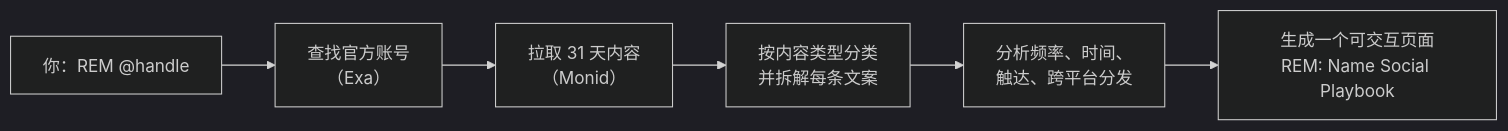
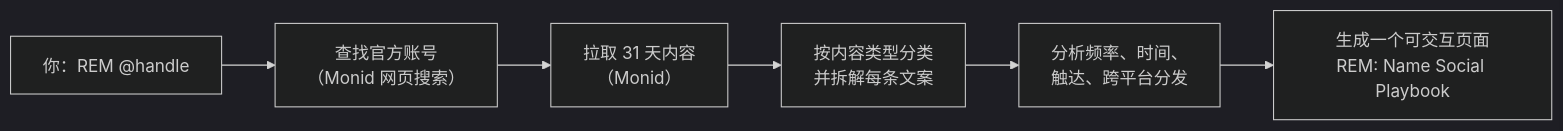
The diagram in docs/readme/README_zh.md (TurboGuo/rem-reverse-engineering-marketing), drawn with Mermaid (dark theme) before and after one commit. The commit also changed other lines of this file and 2 other files, not shown here.

Commit message:
Use Monid web search to find accounts, drop Exa

````diff
--- a/docs/readme/README_zh.md
+++ b/docs/readme/README_zh.md
@@ -69,8 +66,8 @@
 ```mermaid
 flowchart LR
-    A["你：REM @handle"] --> B["查找官方账号<br/>（Exa）"]
+    A["你：REM @handle"] --> B["查找官方账号<br/>（Monid 网页搜索）"]
     B --> C["拉取 31 天内容<br/>（Monid）"]
     C --> D["按内容类型分类<br/>并拆解每条文案"]
     D --> E["分析频率、时间、<br/>触达、跨平台分发"]
     E --> F["生成一个可交互页面<br/>REM: Name Social Playbook"]
 ```
````
